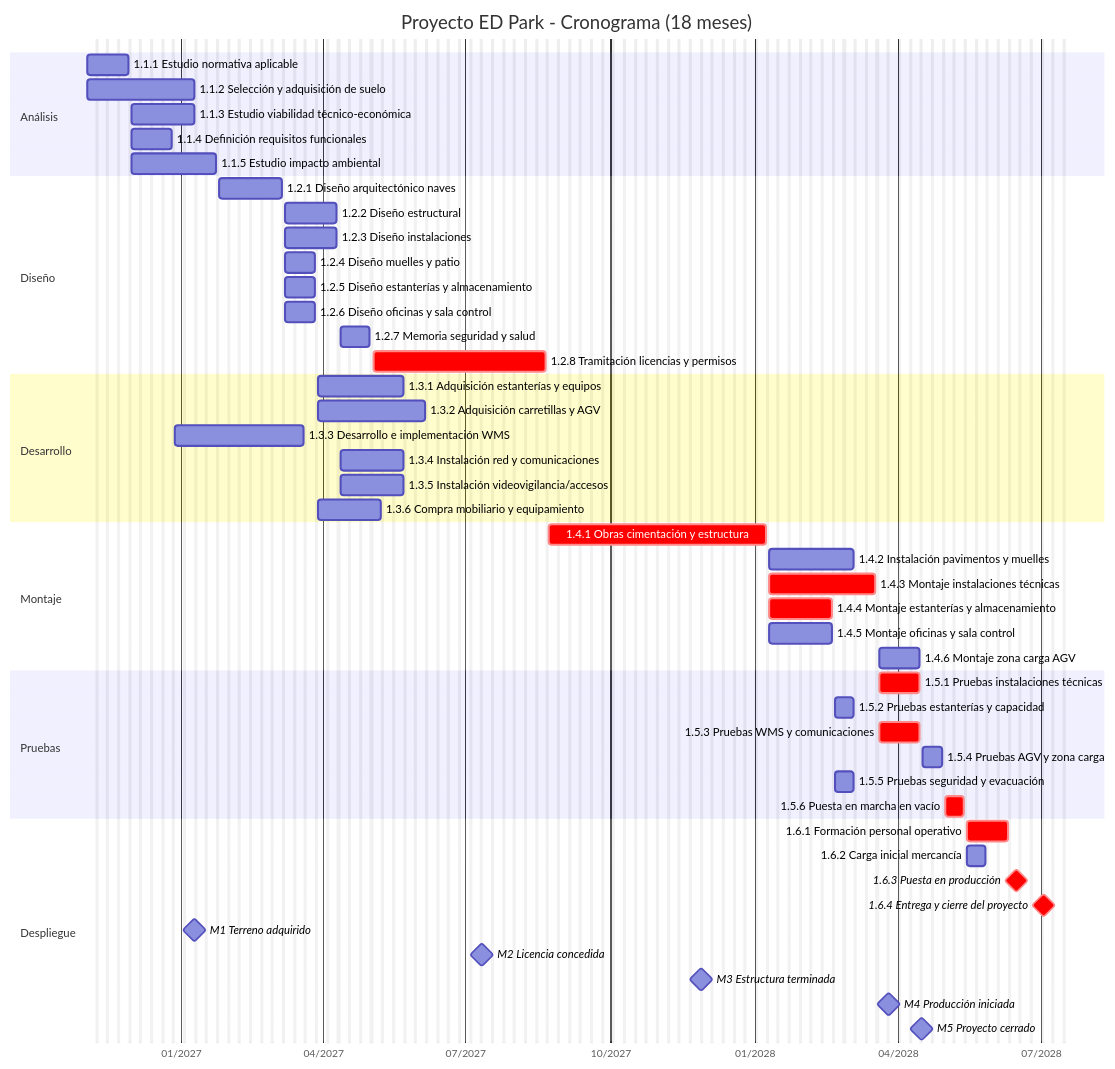
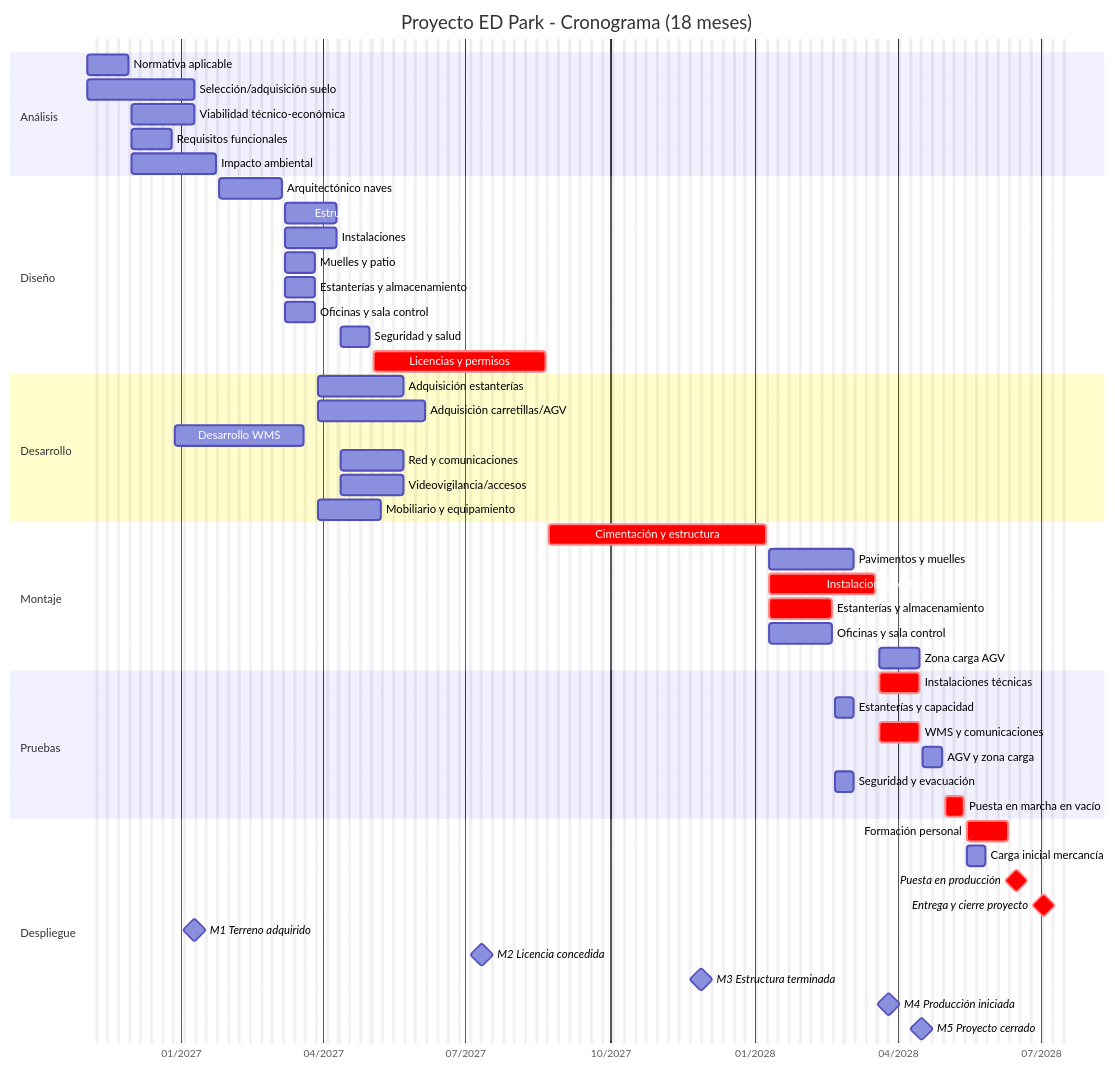
One commit to ybotet/ED_Park_Proyecto changed the diagram in ED_Park_Proyecto/05_Fase_4_Gestion_Proyecto/05_03_Gantt.md. Above: the diagram before and after it, drawn with Mermaid.

Commit message:
Gantt Arreglado

````diff
--- a/ED_Park_Proyecto/05_Fase_4_Gestion_Proyecto/05_03_Gantt.md
+++ b/ED_Park_Proyecto/05_Fase_4_Gestion_Proyecto/05_03_Gantt.md
@@ -26,62 +26,62 @@
 ```mermaid
 gantt
     title Proyecto ED Park - Cronograma (18 meses)
     dateFormat  YYYY-MM-DD
     axisFormat  %m/%Y
     todayMarker stroke-width:2,stroke:red
     excludes    weekends
 
     section Análisis
-    1.1.1 Estudio normativa aplicable          :a1, 2026-11-02, 20d
-    1.1.2 Selección y adquisición de suelo     :a2, 2026-11-02, 50d
-    1.1.3 Estudio viabilidad técnico-económica :a3, after a1, 30d
-    1.1.4 Definición requisitos funcionales    :a4, after a1, 20d
-    1.1.5 Estudio impacto ambiental            :a5, after a1, 40d
+    Normativa aplicable            :a1, 2026-11-02, 20d
+    Selección/adquisición suelo    :a2, 2026-11-02, 50d
+    Viabilidad técnico-económica   :a3, after a1, 30d
+    Requisitos funcionales         :a4, after a1, 20d
+    Impacto ambiental              :a5, after a1, 40d
 
     section Diseño
-    1.2.1 Diseño arquitectónico naves          :d1, after a4 a5, 30d
-    1.2.2 Diseño estructural                   :d2, after d1, 25d
-    1.2.3 Diseño instalaciones                 :d3, after d1, 25d
-    1.2.4 Diseño muelles y patio               :d4, after d1, 15d
-    1.2.5 Diseño estanterías y almacenamiento  :d5, after d1, 15d
-    1.2.6 Diseño oficinas y sala control       :d6, after d1, 15d
-    1.2.7 Memoria seguridad y salud            :d7, after d2 d3, 15d
-    1.2.8 Tramitación licencias y permisos     :crit, d8, after d1 d7, 80d
+    Arquitectónico naves           :d1, after a4 a5, 30d
+    Estructural                    :d2, after d1, 25d
+    Instalaciones                  :d3, after d1, 25d
+    Muelles y patio                :d4, after d1, 15d
+    Estanterías y almacenamiento   :d5, after d1, 15d
+    Oficinas y sala control        :d6, after d1, 15d
+    Seguridad y salud              :d7, after d2 d3, 15d
+    Licencias y permisos           :crit, d8, after d1 d7, 80d
 
     section Desarrollo
-    1.3.1 Adquisición estanterías y equipos    :dev1, after d5, 40d
-    1.3.2 Adquisición carretillas y AGV        :dev2, after d5, 50d
-    1.3.3 Desarrollo e implementación WMS      :dev3, after a4, 60d
-    1.3.4 Instalación red y comunicaciones     :dev4, after d3, 30d
-    1.3.5 Instalación videovigilancia/accesos  :dev5, after d3, 30d
-    1.3.6 Compra mobiliario y equipamiento     :dev6, after d6, 30d
+    Adquisición estanterías        :dev1, after d5, 40d
+    Adquisición carretillas/AGV    :dev2, after d5, 50d
+    Desarrollo WMS                 :dev3, after a4, 60d
+    Red y comunicaciones           :dev4, after d3, 30d
+    Videovigilancia/accesos        :dev5, after d3, 30d
+    Mobiliario y equipamiento      :dev6, after d6, 30d
 
     section Montaje
-    1.4.1 Obras cimentación y estructura       :crit, m1, after d8, 100d
-    1.4.2 Instalación pavimentos y muelles     :m2, after m1, 40d
-    1.4.3 Montaje instalaciones técnicas       :crit, m3, after m1, 50d
-    1.4.4 Montaje estanterías y almacenamiento :crit, m4, after m1 dev1, 30d
-    1.4.5 Montaje oficinas y sala control      :m5, after m1 dev6, 30d
-    1.4.6 Montaje zona carga AGV               :m6, after m3 dev2, 20d
+    Cimentación y estructura       :crit, m1, after d8, 100d
+    Pavimentos y muelles           :m2, after m1, 40d
+    Instalaciones técnicas         :crit, m3, after m1, 50d
+    Estanterías y almacenamiento   :crit, m4, after m1 dev1, 30d
+    Oficinas y sala control        :m5, after m1 dev6, 30d
+    Zona carga AGV                 :m6, after m3 dev2, 20d
 
     section Pruebas
-    1.5.1 Pruebas instalaciones técnicas       :crit, p1, after m3, 20d
-    1.5.2 Pruebas estanterías y capacidad      :p2, after m4, 10d
-    1.5.3 Pruebas WMS y comunicaciones         :crit, p3, after m3 dev3, 20d
-    1.5.4 Pruebas AGV y zona carga             :p4, after m6 p3, 10d
-    1.5.5 Pruebas seguridad y evacuación       :p5, after m5 d7, 10d
-    1.5.6 Puesta en marcha en vacío            :crit, p6, after p1 p3 p4, 10d
+    Instalaciones técnicas         :crit, p1, after m3, 20d
+    Estanterías y capacidad        :p2, after m4, 10d
+    WMS y comunicaciones           :crit, p3, after m3 dev3, 20d
+    AGV y zona carga               :p4, after m6 p3, 10d
+    Seguridad y evacuación         :p5, after m5 d7, 10d
+    Puesta en marcha en vacío      :crit, p6, after p1 p3 p4, 10d
 
     section Despliegue
-    1.6.1 Formación personal operativo         :crit, dp1, after p6, 20d
-    1.6.2 Carga inicial mercancía              :dp2, after p6, 10d
-    1.6.3 Puesta en producción                 :crit, milestone, dp3, after dp1 dp2, 5d
-    1.6.4 Entrega y cierre del proyecto        :crit, milestone, dp4, after dp3, 20d
+    Formación personal             :crit, dp1, after p6, 20d
+    Carga inicial mercancía        :dp2, after p6, 10d
+    Puesta en producción           :crit, milestone, dp3, after dp1 dp2, 5d
+    Entrega y cierre proyecto      :crit, milestone, dp4, after dp3, 20d
 
     %% Hitos
     M1 Terreno adquirido           :milestone, m1_ms, 2027-01-09, 0d
     M2 Licencia concedida          :milestone, m2_ms, 2027-07-11, 0d
     M3 Estructura terminada        :milestone, m3_ms, 2027-11-28, 0d
     M4 Producción iniciada         :milestone, m4_ms, 2028-03-26, 0d
     M5 Proyecto cerrado            :milestone, m5_ms, 2028-04-16, 0d
 ```
````
